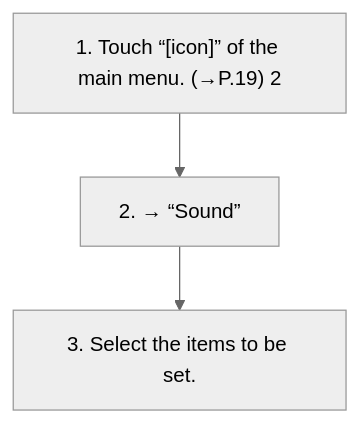
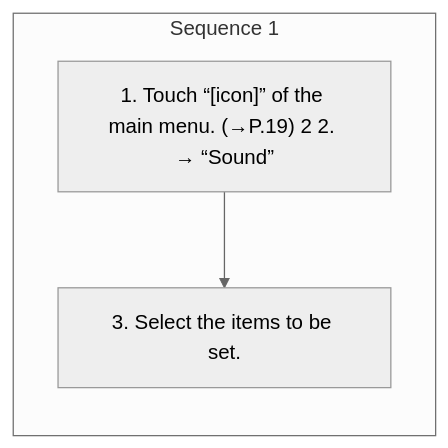
The diagram in workspace/subaru/outback-2026/ivi/published/settings/2-sound-settings-screen.md (Chieko-Y/my-spec-generator), drawn with Mermaid (neutral theme) before and after one commit. The commit also changed other lines of this file and 268 other files, not shown here.

````diff
--- a/workspace/subaru/outback-2026/ivi/published/settings/2-sound-settings-screen.md
+++ b/workspace/subaru/outback-2026/ivi/published/settings/2-sound-settings-screen.md
@@ -14,8 +14,9 @@
 ```mermaid
 flowchart TD
-    S1["1. Touch “[icon]” of the main menu. (→P.19) 2"]
-    S2["2. → “Sound”"]
-    S3["3. Select the items to be set."]
-    S1 --> S2
-    S2 --> S3
+    subgraph SEQ1["Sequence 1"]
+    direction TB
+    S1_1["1. Touch “[icon]” of the main menu. (→P.19) 2 2. → “Sound”"]
+    S1_3["3. Select the items to be set."]
+    S1_1 --> S1_3
+    end
 ```
````
